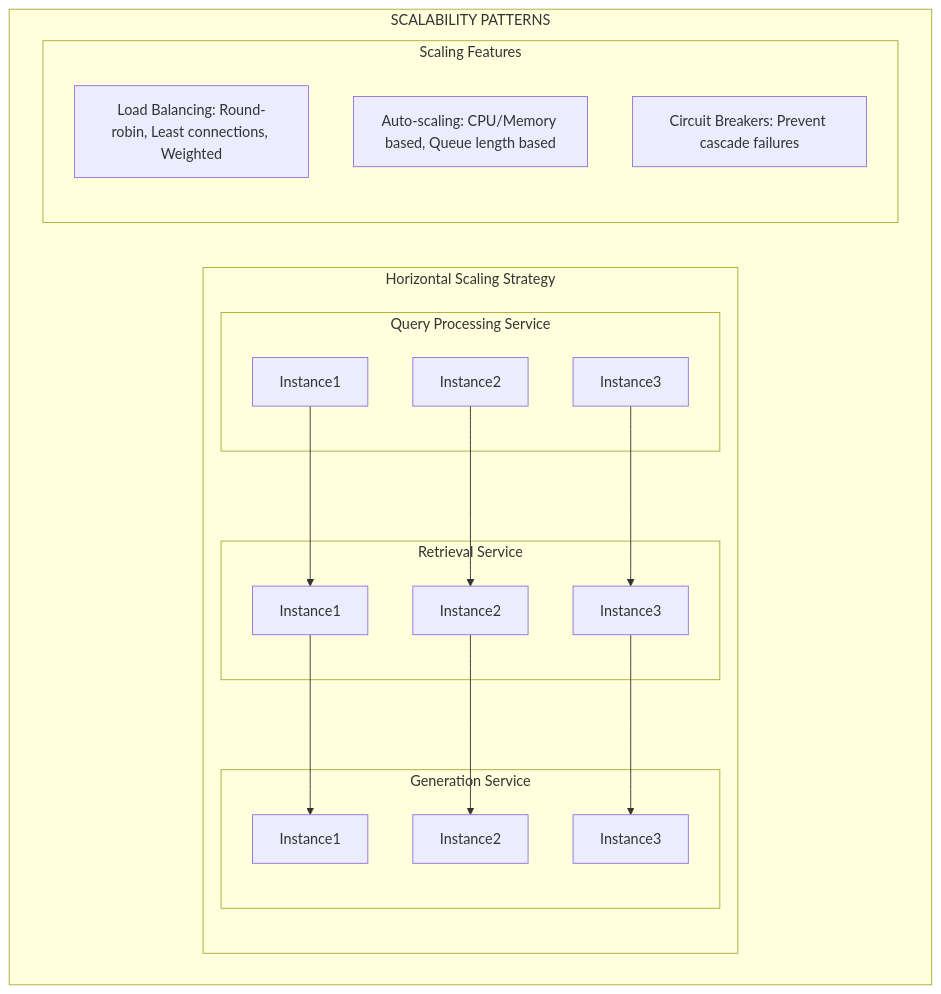
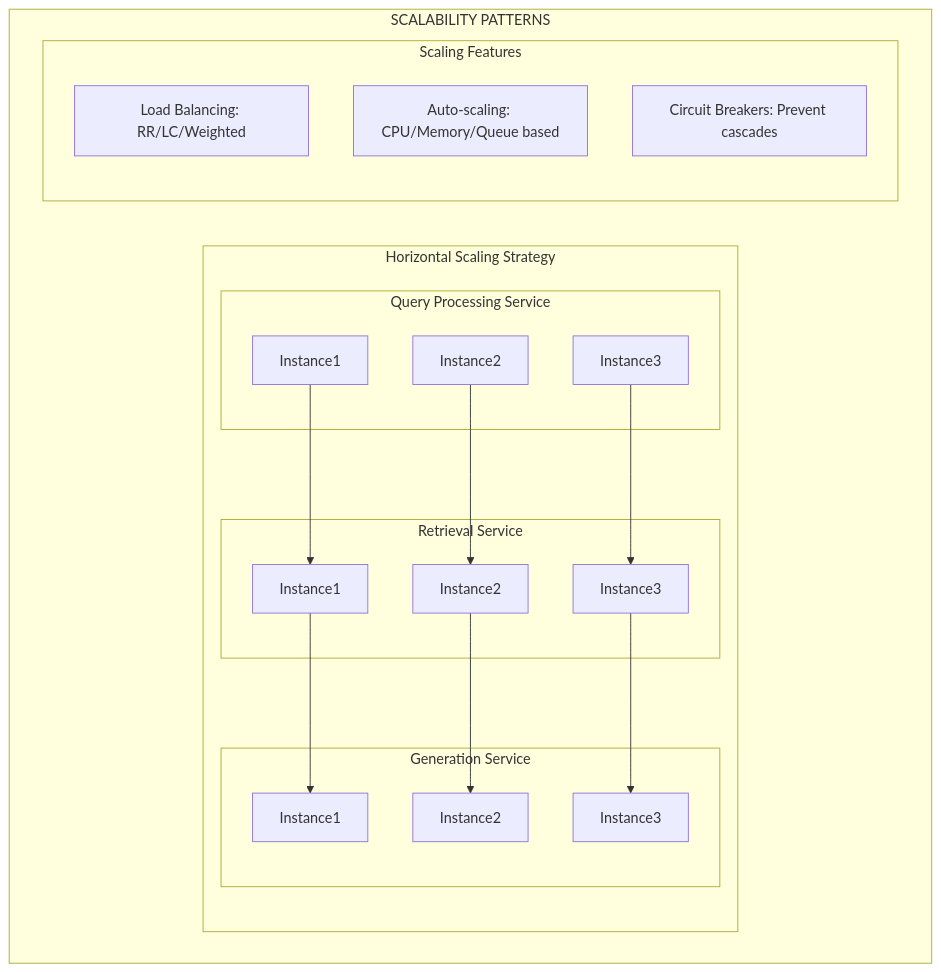
Before and after one commit to satinath-nit/llm-rag-cookbook: diagram 12 of 21 in rag_solution_architecture_document (1).md, drawn with Mermaid. The commit also changed other lines of this file, not shown here.

````diff
--- a/rag_solution_architecture_document (1).md
+++ b/rag_solution_architecture_document (1).md
@@ -768,38 +768,38 @@
 ```mermaid
 graph TB
     subgraph "SCALABILITY PATTERNS"
         subgraph "Horizontal Scaling Strategy"
             subgraph "Query Processing Service"
                 QP1[Instance1]
                 QP2[Instance2]
                 QP3[Instance3]
             end
             
             subgraph "Retrieval Service"
                 RS1[Instance1]
                 RS2[Instance2]
                 RS3[Instance3]
             end
             
             subgraph "Generation Service"
                 GS1[Instance1]
                 GS2[Instance2]
                 GS3[Instance3]
             end
             
             QP1 --> RS1
             QP2 --> RS2
             QP3 --> RS3
             
             RS1 --> GS1
             RS2 --> GS2
             RS3 --> GS3
         end
         
         subgraph "Scaling Features"
-            LoadBalancing[Load Balancing: Round-robin, Least connections, Weighted]
-            AutoScaling[Auto-scaling: CPU/Memory based, Queue length based]
-            CircuitBreakers[Circuit Breakers: Prevent cascade failures]
+            LoadBalancing[Load Balancing: RR/LC/Weighted]
+            AutoScaling[Auto-scaling: CPU/Memory/Queue based]
+            CircuitBreakers[Circuit Breakers: Prevent cascades]
         end
     end
 ```
````
